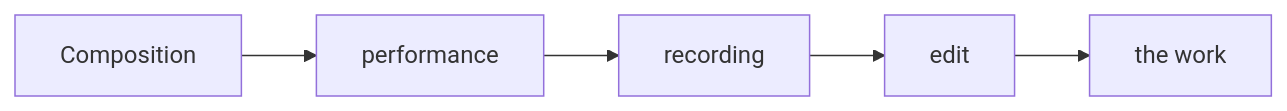
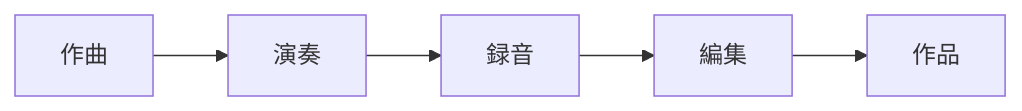
The second of 2 diagrams in en/_posts/2026-01-08-column-contemporary-classical-neo-minimalism.md (monumental-movement/monumental-movement.github.io), drawn with Mermaid before and after one commit. The commit also changed other lines of this file and 2196 other files, not shown here.

```diff
--- a/en/_posts/2026-01-08-column-contemporary-classical-neo-minimalism.md
+++ b/en/_posts/2026-01-08-column-contemporary-classical-neo-minimalism.md
@@ -215,7 +214,7 @@
 <div class="mermaid">
 flowchart LR
-    A[Composition] --> B[performance]
-    B --> C[recording]
-    C --> D[edit]
-    D --> E[the work]
+    A[作曲] --> B[演奏]
+    B --> C[録音]
+    C --> D[編集]
+    D --> E[作品]
 </div>
```
